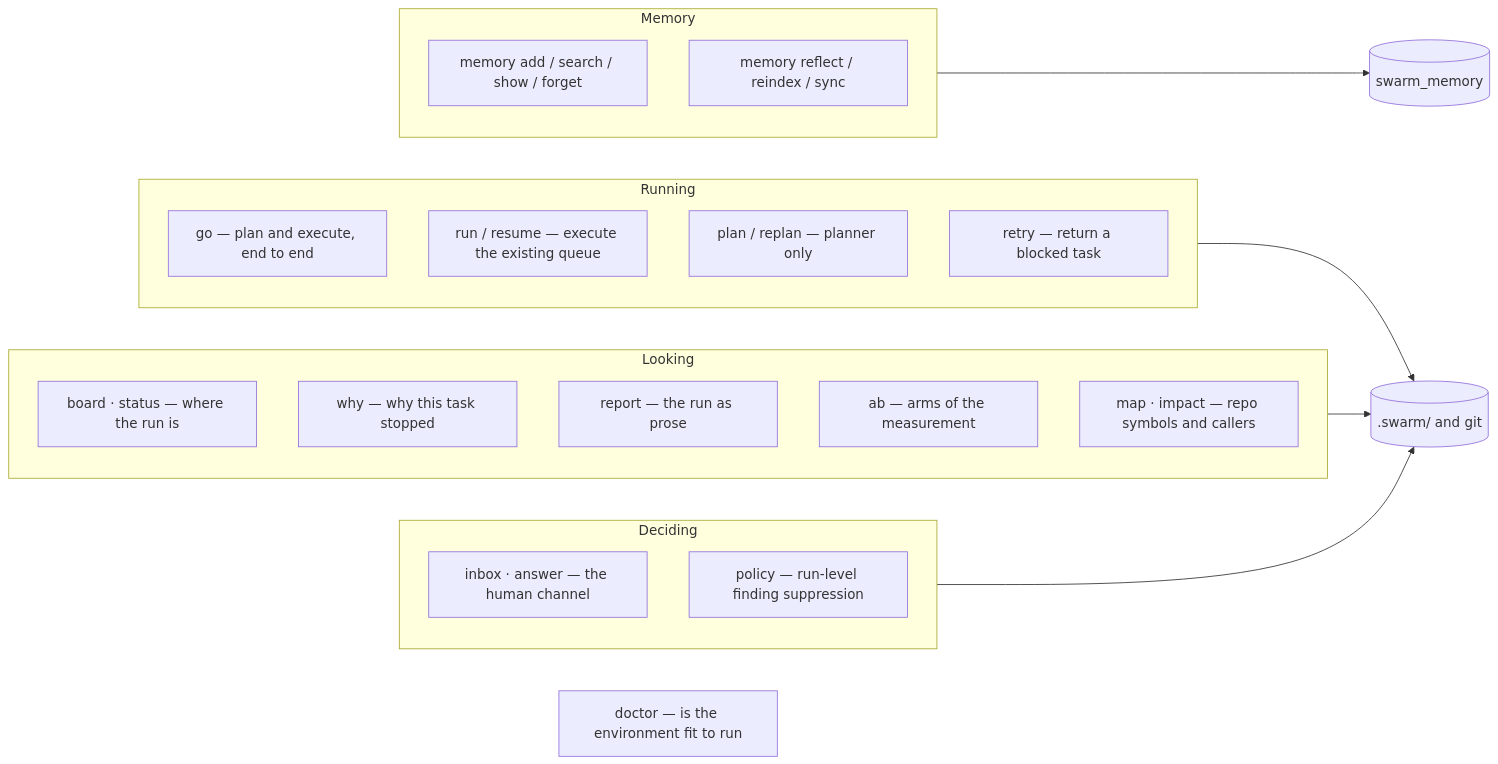
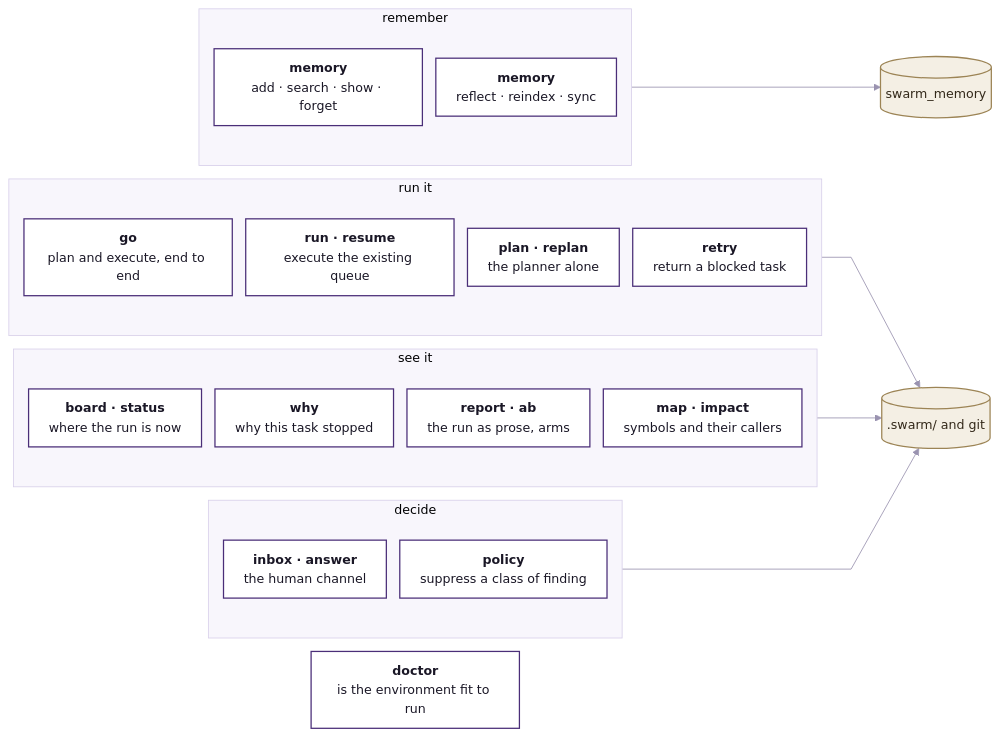
One commit to Orange-hanter/zairgrush changed diagram 16 of 16 in 11-architecture-diagrams.md. Above: the diagram before and after it, drawn with Mermaid. The commit also changed other lines of this file, not shown here.

````diff
--- a/11-architecture-diagrams.md
+++ b/11-architecture-diagrams.md
@@ -623,30 +771,36 @@
 ```mermaid
+%%{init:{"theme":"base","themeVariables":{"fontFamily":"ui-sans-serif,system-ui,-apple-system,Segoe UI,Roboto,sans-serif","fontSize":"15px","primaryColor":"#EFEAF8","primaryTextColor":"#1A1726","primaryBorderColor":"#7A5CB8","lineColor":"#9A93B0","clusterBkg":"#F8F6FC","clusterBorder":"#D8D0EA"},"flowchart":{"diagramPadding":26,"curve":"linear","nodeSpacing":16,"rankSpacing":70,"padding":12}}}%%
 flowchart LR
-    subgraph run["Running"]
-        c1["go — plan and execute, end to end"]
-        c2["run / resume — execute the existing queue"]
-        c3["plan / replan — planner only"]
-        c4["retry — return a blocked task"]
+    subgraph RUN["run it"]
+        c1["<b>go</b><br/>plan and execute, end to end"]:::cmd
+        c2["<b>run · resume</b><br/>execute the existing queue"]:::cmd
+        c3["<b>plan · replan</b><br/>the planner alone"]:::cmd
+        c4["<b>retry</b><br/>return a blocked task"]:::cmd
     end
-    subgraph look["Looking"]
-        c5["board · status — where the run is"]
-        c6["why — why this task stopped"]
-        c7["report — the run as prose"]
-        c8["ab — arms of the measurement"]
-        c9["map · impact — repo symbols and callers"]
+    subgraph SEE["see it"]
+        c5["<b>board · status</b><br/>where the run is now"]:::cmd
+        c6["<b>why</b><br/>why this task stopped"]:::cmd
+        c7["<b>report · ab</b><br/>the run as prose, arms"]:::cmd
+        c8["<b>map · impact</b><br/>symbols and their callers"]:::cmd
     end
-    subgraph decide["Deciding"]
-        c10["inbox · answer — the human channel"]
-        c11["policy — run-level finding suppression"]
+    subgraph DEC["decide"]
+        c9["<b>inbox · answer</b><br/>the human channel"]:::cmd
+        c10["<b>policy</b><br/>suppress a class of finding"]:::cmd
     end
-    subgraph mem["Memory"]
-        c12["memory add / search / show / forget"]
-        c13["memory reflect / reindex / sync"]
+    subgraph MEM["remember"]
+        c11["<b>memory</b><br/>add · search · show · forget"]:::cmd
+        c12["<b>memory</b><br/>reflect · reindex · sync"]:::cmd
     end
-    c14["doctor — is the environment fit to run"]
+    c13["<b>doctor</b><br/>is the environment fit to run"]:::cmd
 
-    run --> state[(".swarm/ and git")]
-    look --> state
-    decide --> state
-    mem --> pg[("swarm_memory")]
+    st[(".swarm/ and git")]:::store
+    pgs[("swarm_memory")]:::store
+
+    RUN --> st
+    SEE --> st
+    DEC --> st
+    MEM --> pgs
+
+    classDef cmd fill:#FFFFFF,stroke:#4A2E78,stroke-width:1.5px,color:#1A1726
+    classDef store fill:#F4EFE4,stroke:#9C8455,stroke-width:1.5px,color:#33291A
 ```
````
